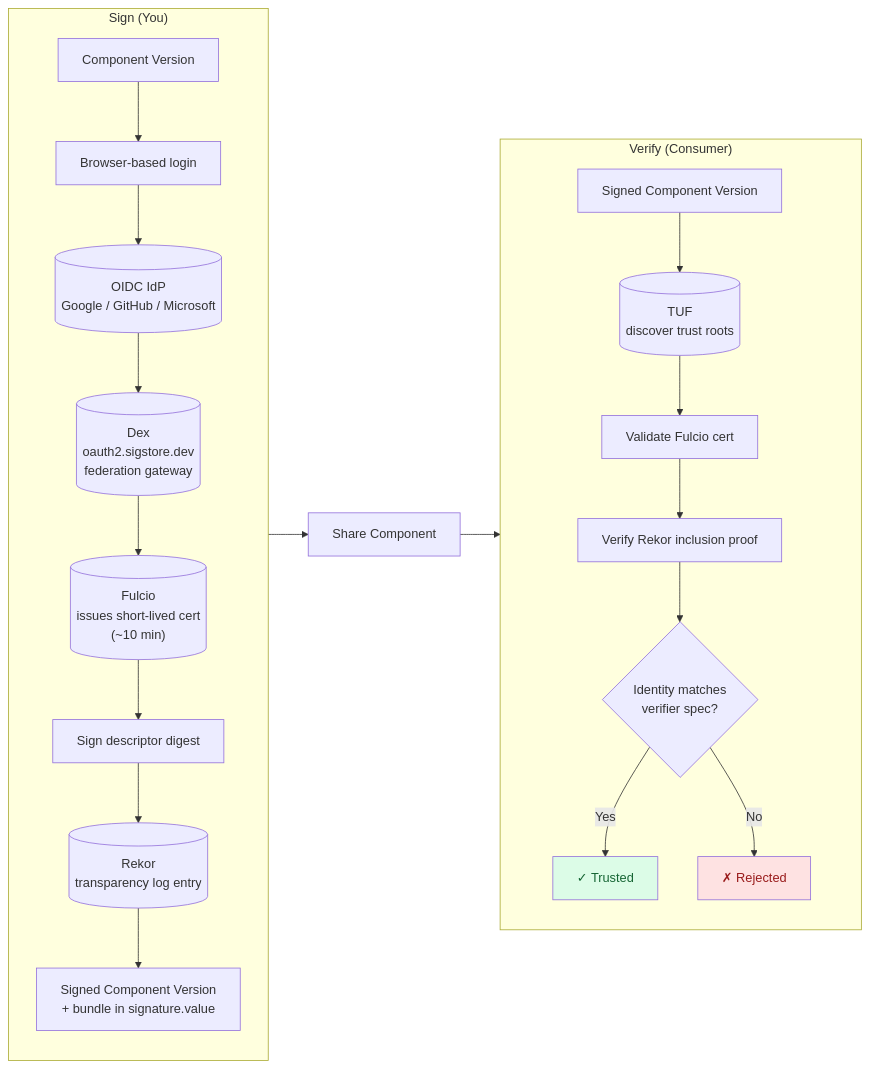
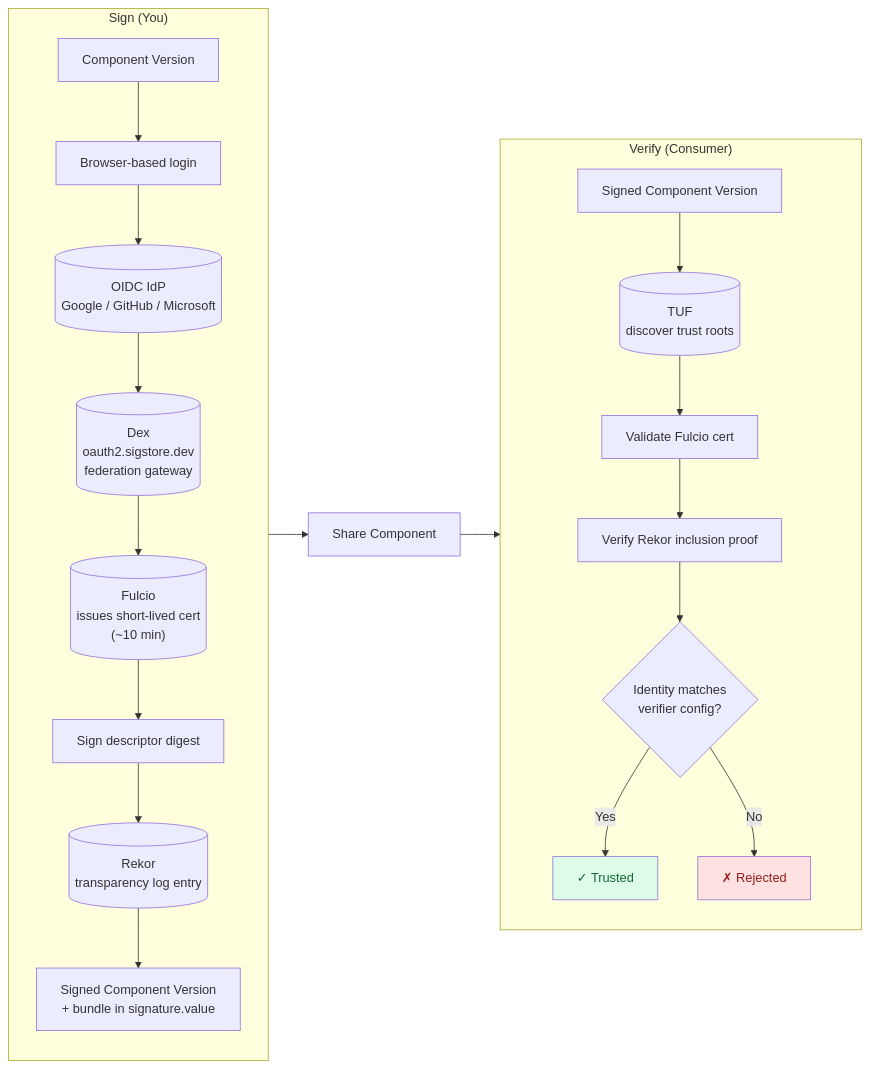
The diagram in website/content/docs/tutorials/signing/sigstore.md (open-component-model/open-component-model), drawn with Mermaid before and after one commit. The commit also changed other lines of this file and 11 other files, not shown here.

First line of the commit message:
chore: integrate the verifier spec as an ocm config as well (#3471)

````diff
--- a/website/content/docs/tutorials/signing/sigstore.md
+++ b/website/content/docs/tutorials/signing/sigstore.md
@@ -28,30 +28,30 @@
 ```mermaid
 flowchart LR
     subgraph sign ["Sign (You)"]
         direction TB
         A[Component Version] --> B[Browser-based login]
         B --> IDP[("OIDC IdP<br/>Google / GitHub / Microsoft")]
         IDP --> DEX[("Dex<br/>oauth2.sigstore.dev<br/>federation gateway")]
         DEX --> FULCIO[("Fulcio<br/>issues short-lived cert<br/>(~10 min)")]
         FULCIO --> SIGN[Sign descriptor digest]
         SIGN --> REKOR[("Rekor<br/>transparency log entry")]
         REKOR --> E[Signed Component Version<br/>+ bundle in signature.value]
     end
 
     E --> T["Share Component"]
 
     T --> verify
 
     subgraph verify ["Verify (Consumer)"]
         direction TB
         F[Signed Component Version] --> TUF[("TUF<br/>discover trust roots")]
         TUF --> CERT[Validate Fulcio cert]
         CERT --> PROOF[Verify Rekor inclusion proof]
-        PROOF --> H{Identity matches<br/>verifier spec?}
+        PROOF --> H{Identity matches<br/>verifier config?}
         H -->|Yes| VALID["✓ Trusted"]
         H -->|No| INVALID["✗ Rejected"]
     end
 
     style VALID fill:#dcfce7,color:#166534
     style INVALID fill:#fee2e2,color:#991b1b
 ```
````
